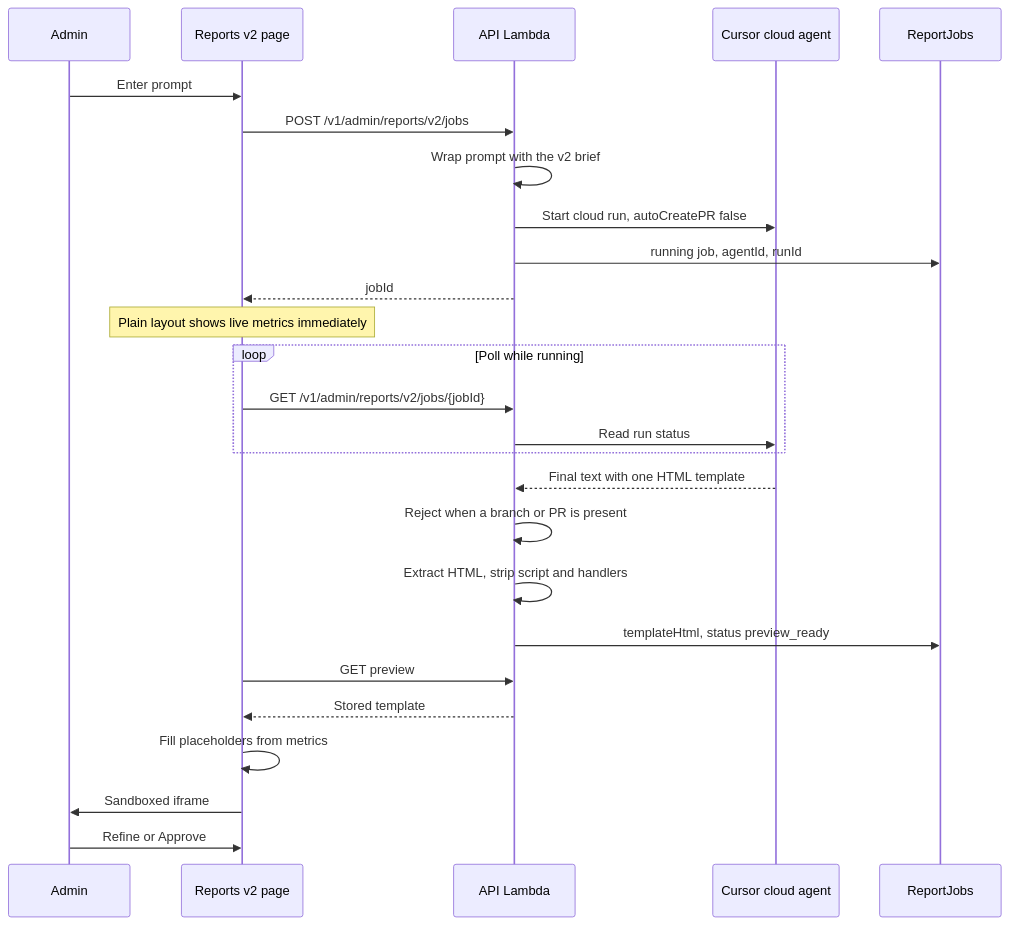
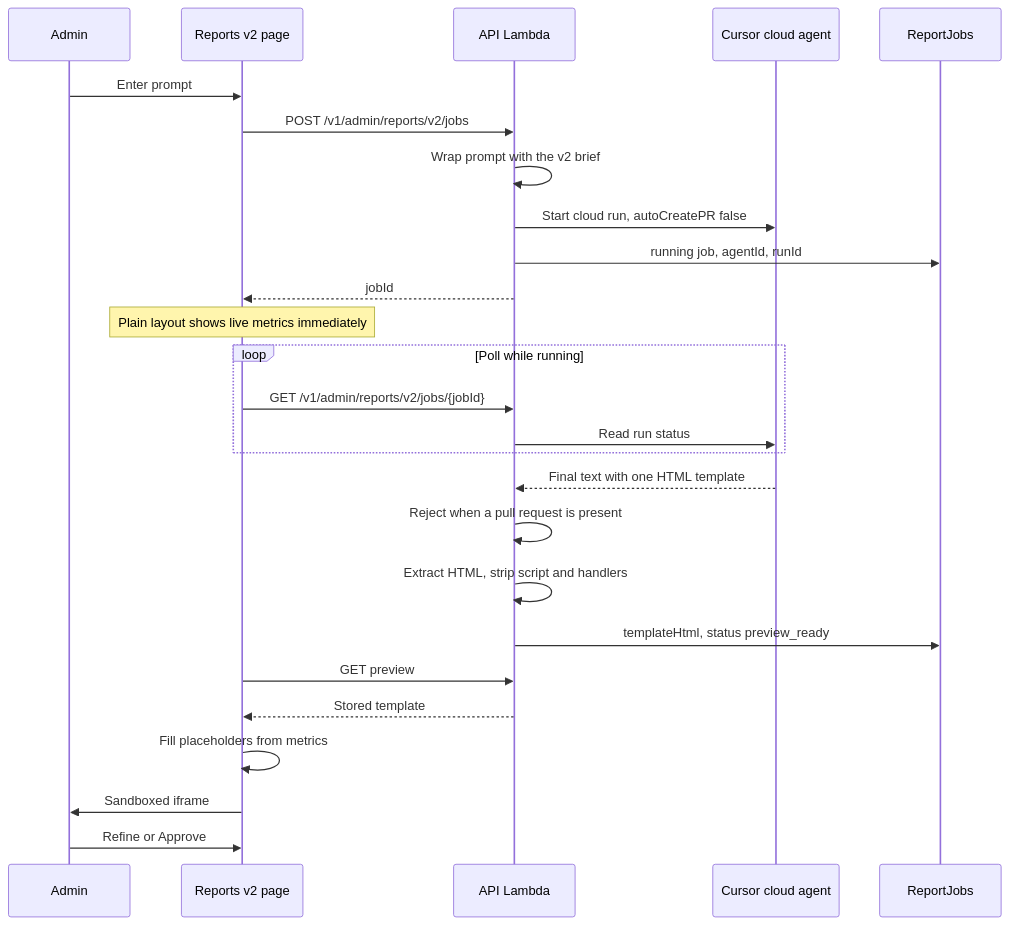
Before and after one commit to jaganathan-vinod/smartshop: the diagram in docs/dashboard-v2-design.md, drawn with Mermaid. The commit also changed other lines of this file and 4 other files, not shown here.

First line of the commit message:
Accept HTML reports when the cloud run only names its clone branch.

````diff
--- a/docs/dashboard-v2-design.md
+++ b/docs/dashboard-v2-design.md
@@ -54,32 +54,32 @@
 ```mermaid
 sequenceDiagram
   participant Admin
   participant SPA as Reports v2 page
   participant Lambda as API Lambda
   participant Cursor as Cursor cloud agent
   participant DDB as ReportJobs
 
   Admin->>SPA: Enter prompt
   SPA->>Lambda: POST /v1/admin/reports/v2/jobs
   Lambda->>Lambda: Wrap prompt with the v2 brief
   Lambda->>Cursor: Start cloud run, autoCreatePR false
   Lambda->>DDB: running job, agentId, runId
   Lambda-->>SPA: jobId
   Note over SPA: Plain layout shows live metrics immediately
 
   loop Poll while running
     SPA->>Lambda: GET /v1/admin/reports/v2/jobs/{jobId}
     Lambda->>Cursor: Read run status
   end
 
   Cursor-->>Lambda: Final text with one HTML template
-  Lambda->>Lambda: Reject when a branch or PR is present
+  Lambda->>Lambda: Reject when a pull request is present
   Lambda->>Lambda: Extract HTML, strip script and handlers
   Lambda->>DDB: templateHtml, status preview_ready
   SPA->>Lambda: GET preview
   Lambda-->>SPA: Stored template
   SPA->>SPA: Fill placeholders from metrics
   SPA->>Admin: Sandboxed iframe
 
   Admin->>SPA: Refine or Approve
 ```
````
